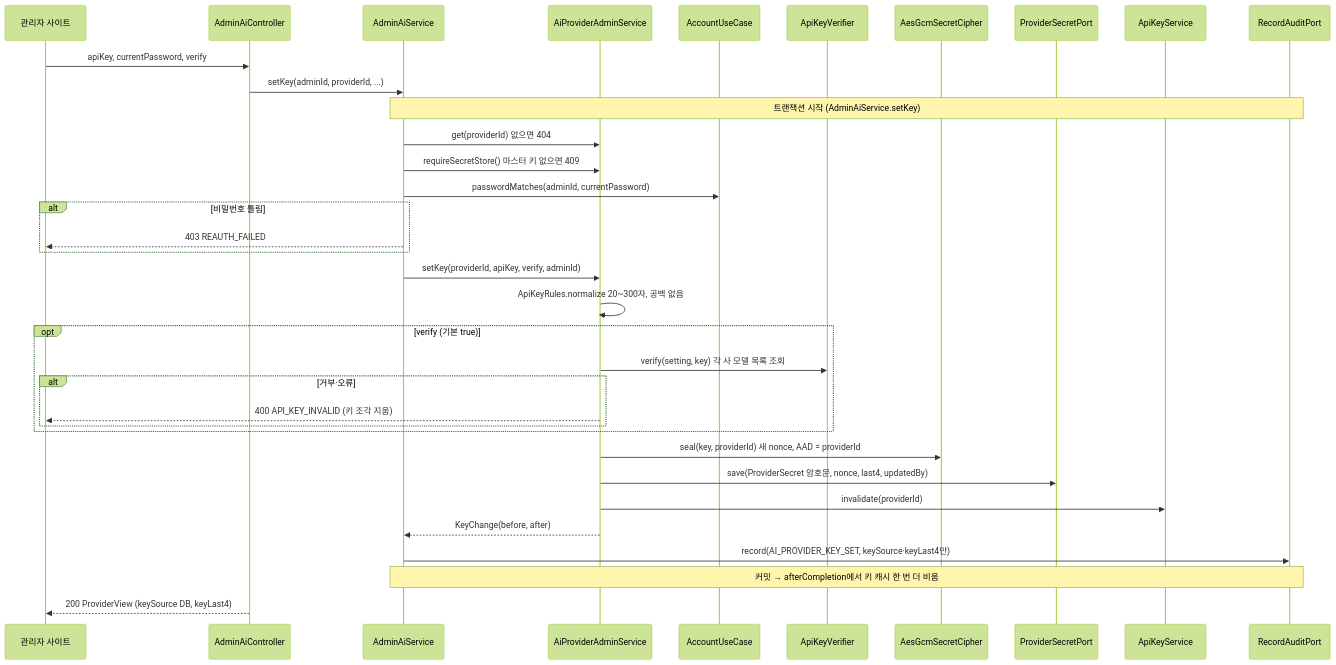
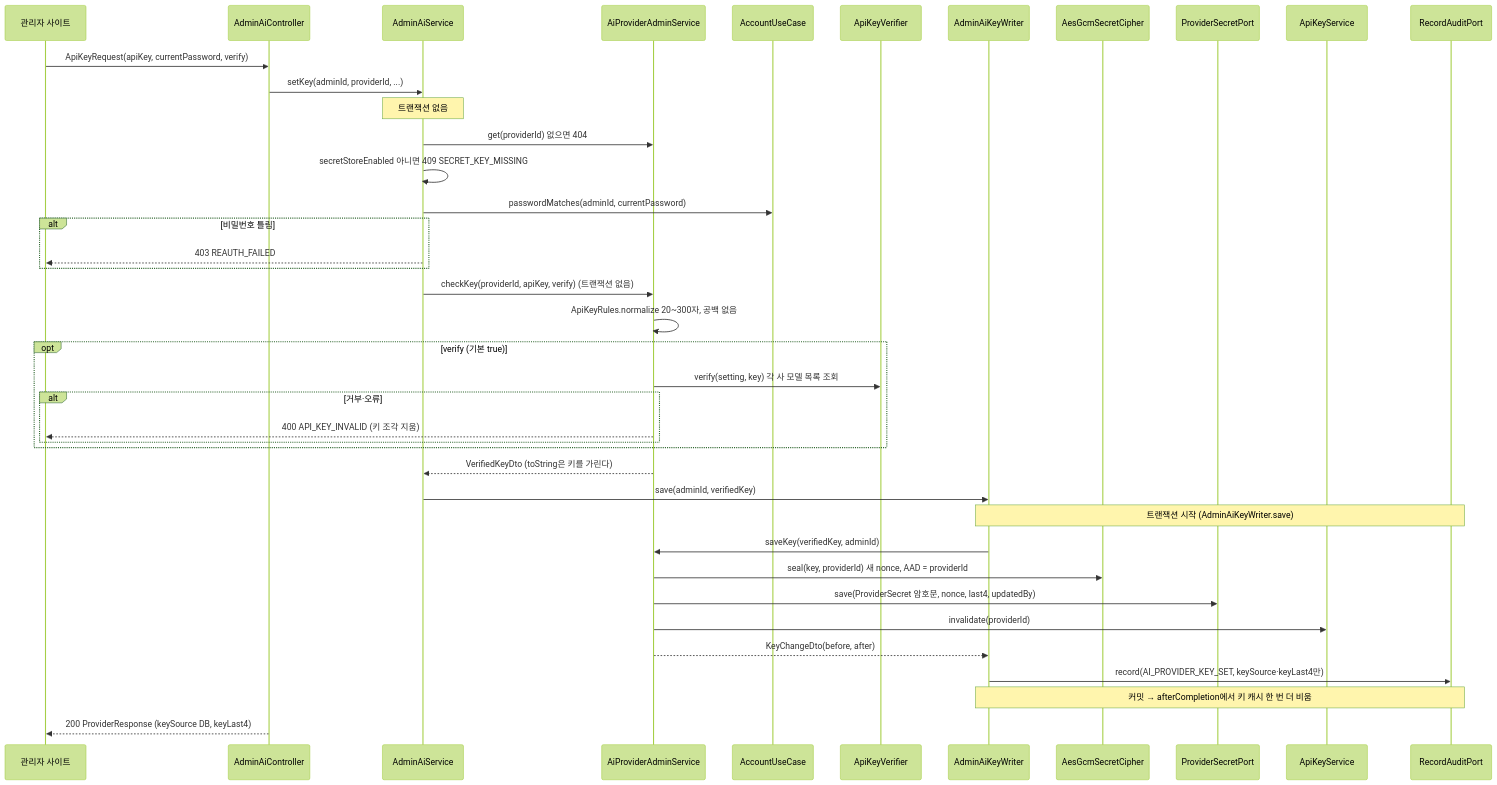
One commit to showzone83/wearly changed the tenth of 10 diagrams in doc/10_백엔드_흐름.md. Above: the diagram before and after it, drawn with Mermaid (forest theme). The commit also changed other lines of this file and 2 other files, not shown here.

````diff
--- a/doc/10_백엔드_흐름.md
+++ b/doc/10_백엔드_흐름.md
@@ -587,38 +614,43 @@
 ```mermaid
 sequenceDiagram
   participant A as 관리자 사이트
   participant AC as AdminAiController
   participant AS as AdminAiService
   participant PA as AiProviderAdminService
   participant AU as AccountUseCase
   participant VF as ApiKeyVerifier
+  participant KW as AdminAiKeyWriter
   participant CI as AesGcmSecretCipher
   participant SP as ProviderSecretPort
   participant KS as ApiKeyService
   participant RA as RecordAuditPort
 
-  A->>AC: apiKey, currentPassword, verify
+  A->>AC: ApiKeyRequest(apiKey, currentPassword, verify)
   AC->>AS: setKey(adminId, providerId, ...)
-  Note over AS,RA: 트랜잭션 시작 (AdminAiService.setKey)
+  Note over AS: 트랜잭션 없음
   AS->>PA: get(providerId) 없으면 404
-  AS->>PA: requireSecretStore() 마스터 키 없으면 409
+  AS->>AS: secretStoreEnabled 아니면 409 SECRET_KEY_MISSING
   AS->>AU: passwordMatches(adminId, currentPassword)
   alt 비밀번호 틀림
     AS-->>A: 403 REAUTH_FAILED
   end
-  AS->>PA: setKey(providerId, apiKey, verify, adminId)
+  AS->>PA: checkKey(providerId, apiKey, verify) (트랜잭션 없음)
   PA->>PA: ApiKeyRules.normalize 20~300자, 공백 없음
   opt verify (기본 true)
     PA->>VF: verify(setting, key) 각 사 모델 목록 조회
     alt 거부·오류
       PA-->>A: 400 API_KEY_INVALID (키 조각 지움)
     end
   end
+  PA-->>AS: VerifiedKeyDto (toString은 키를 가린다)
+  AS->>KW: save(adminId, verifiedKey)
+  Note over KW,RA: 트랜잭션 시작 (AdminAiKeyWriter.save)
+  KW->>PA: saveKey(verifiedKey, adminId)
   PA->>CI: seal(key, providerId) 새 nonce, AAD = providerId
   PA->>SP: save(ProviderSecret 암호문, nonce, last4, updatedBy)
   PA->>KS: invalidate(providerId)
-  PA-->>AS: KeyChange(before, after)
-  AS->>RA: record(AI_PROVIDER_KEY_SET, keySource·keyLast4만)
-  Note over AS,RA: 커밋 → afterCompletion에서 키 캐시 한 번 더 비움
-  AC-->>A: 200 ProviderView (keySource DB, keyLast4)
+  PA-->>KW: KeyChangeDto(before, after)
+  KW->>RA: record(AI_PROVIDER_KEY_SET, keySource·keyLast4만)
+  Note over KW,RA: 커밋 → afterCompletion에서 키 캐시 한 번 더 비움
+  AC-->>A: 200 ProviderResponse (keySource DB, keyLast4)
 ```
````
